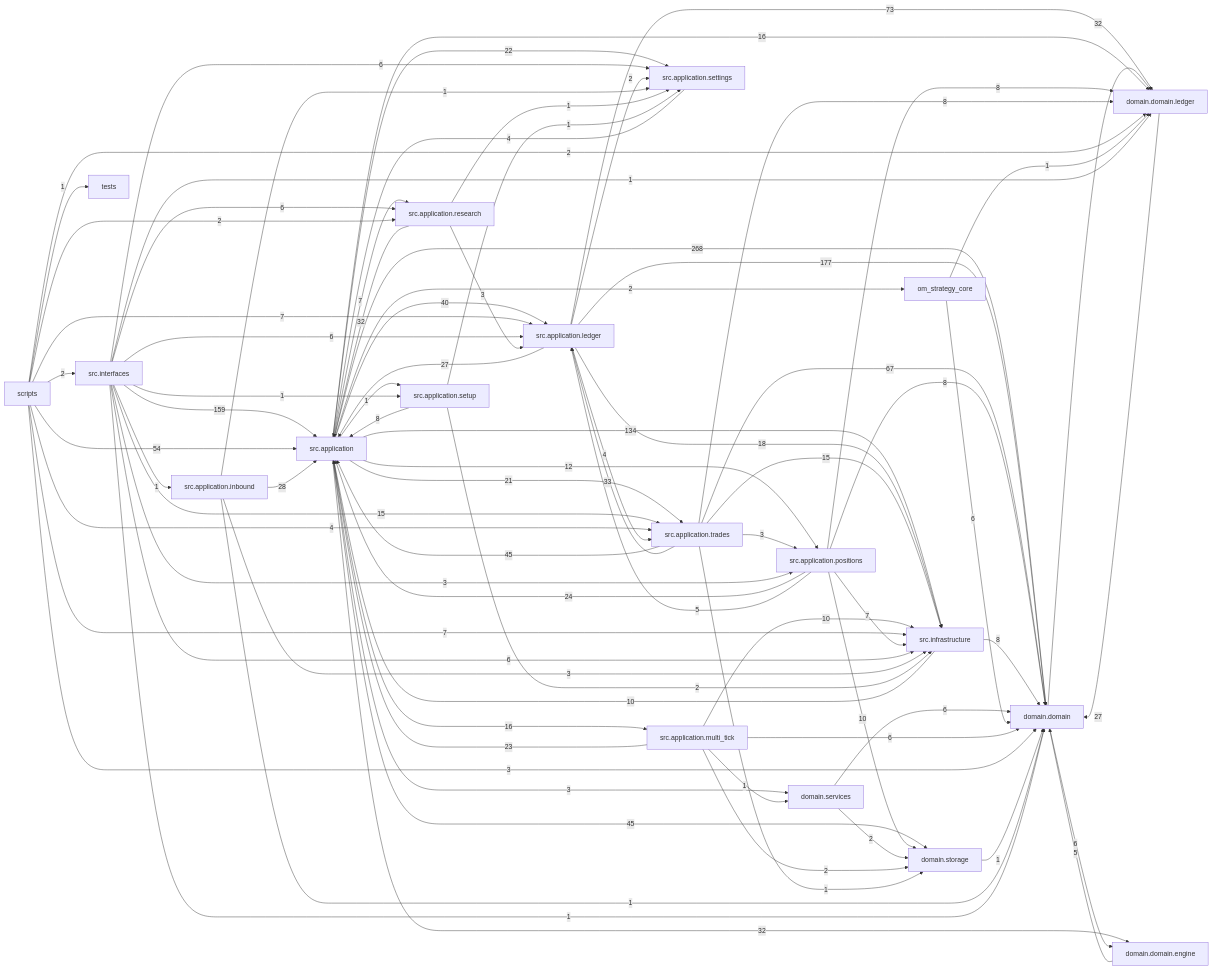
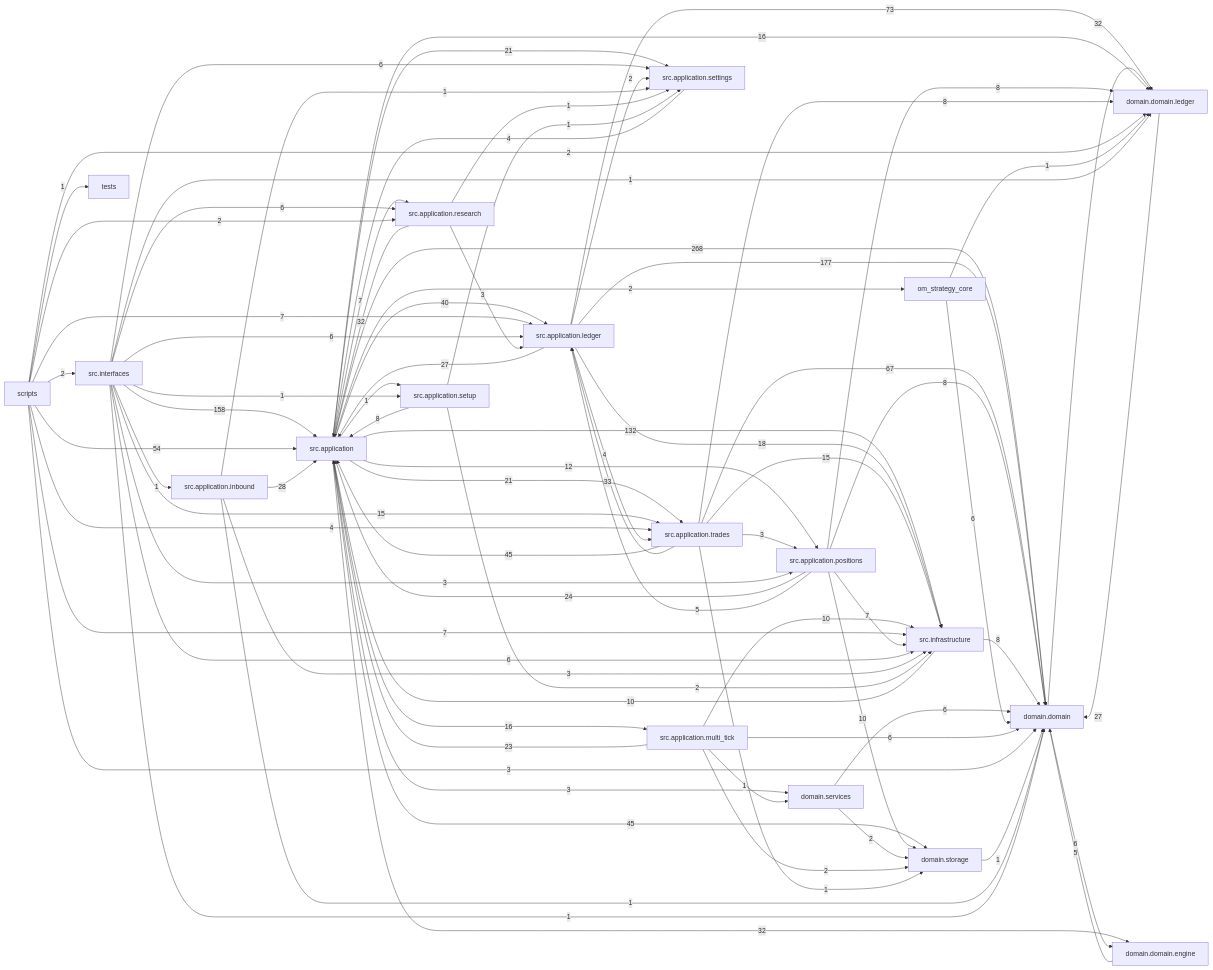
One commit to liuxie066/options-monitor changed the diagram in docs/dependency_graph.mmd. Above: the diagram before and after it, drawn with Mermaid. The commit also changed 47 other files, not shown here.

```diff
--- a/docs/dependency_graph.mmd
+++ b/docs/dependency_graph.mmd
@@ -1,81 +1,81 @@
 flowchart LR
   src_application["src.application"] -->|268| domain_domain["domain.domain"]
   src_application_ledger["src.application.ledger"] -->|177| domain_domain["domain.domain"]
-  src_interfaces["src.interfaces"] -->|159| src_application["src.application"]
-  src_application["src.application"] -->|134| src_infrastructure["src.infrastructure"]
+  src_interfaces["src.interfaces"] -->|158| src_application["src.application"]
+  src_application["src.application"] -->|132| src_infrastructure["src.infrastructure"]
   src_application_ledger["src.application.ledger"] -->|73| domain_domain_ledger["domain.domain.ledger"]
   src_application_trades["src.application.trades"] -->|67| domain_domain["domain.domain"]
   scripts["scripts"] -->|54| src_application["src.application"]
   src_application["src.application"] -->|45| domain_storage["domain.storage"]
   src_application_trades["src.application.trades"] -->|45| src_application["src.application"]
   src_application["src.application"] -->|40| src_application_ledger["src.application.ledger"]
   src_application_trades["src.application.trades"] -->|33| src_application_ledger["src.application.ledger"]
   domain_domain["domain.domain"] -->|32| domain_domain_ledger["domain.domain.ledger"]
   src_application["src.application"] -->|32| domain_domain_engine["domain.domain.engine"]
   src_application_research["src.application.research"] -->|32| src_application["src.application"]
   src_application_inbound["src.application.inbound"] -->|28| src_application["src.application"]
   domain_domain_ledger["domain.domain.ledger"] -->|27| domain_domain["domain.domain"]
   src_application_ledger["src.application.ledger"] -->|27| src_application["src.application"]
   src_application_positions["src.application.positions"] -->|24| src_application["src.application"]
   src_application_multi_tick["src.application.multi_tick"] -->|23| src_application["src.application"]
-  src_application["src.application"] -->|22| src_application_settings["src.application.settings"]
+  src_application["src.application"] -->|21| src_application_settings["src.application.settings"]
   src_application["src.application"] -->|21| src_application_trades["src.application.trades"]
   src_application_ledger["src.application.ledger"] -->|18| src_infrastructure["src.infrastructure"]
   src_application["src.application"] -->|16| domain_domain_ledger["domain.domain.ledger"]
   src_application["src.application"] -->|16| src_application_multi_tick["src.application.multi_tick"]
   src_application_trades["src.application.trades"] -->|15| src_infrastructure["src.infrastructure"]
   src_interfaces["src.interfaces"] -->|15| src_application_trades["src.application.trades"]
   src_application["src.application"] -->|12| src_application_positions["src.application.positions"]
   src_application_multi_tick["src.application.multi_tick"] -->|10| src_infrastructure["src.infrastructure"]
   src_application_positions["src.application.positions"] -->|10| domain_storage["domain.storage"]
   src_infrastructure["src.infrastructure"] -->|10| src_application["src.application"]
   src_application_positions["src.application.positions"] -->|8| domain_domain["domain.domain"]
   src_application_positions["src.application.positions"] -->|8| domain_domain_ledger["domain.domain.ledger"]
   src_application_setup["src.application.setup"] -->|8| src_application["src.application"]
   src_application_trades["src.application.trades"] -->|8| domain_domain_ledger["domain.domain.ledger"]
   src_infrastructure["src.infrastructure"] -->|8| domain_domain["domain.domain"]
   scripts["scripts"] -->|7| src_application_ledger["src.application.ledger"]
   scripts["scripts"] -->|7| src_infrastructure["src.infrastructure"]
   src_application["src.application"] -->|7| src_application_research["src.application.research"]
   src_application_positions["src.application.positions"] -->|7| src_infrastructure["src.infrastructure"]
   domain_domain["domain.domain"] -->|6| domain_domain_engine["domain.domain.engine"]
   domain_services["domain.services"] -->|6| domain_domain["domain.domain"]
   om_strategy_core["om_strategy_core"] -->|6| domain_domain["domain.domain"]
   src_application_multi_tick["src.application.multi_tick"] -->|6| domain_domain["domain.domain"]
   src_interfaces["src.interfaces"] -->|6| src_application_ledger["src.application.ledger"]
   src_interfaces["src.interfaces"] -->|6| src_application_research["src.application.research"]
   src_interfaces["src.interfaces"] -->|6| src_application_settings["src.application.settings"]
   src_interfaces["src.interfaces"] -->|6| src_infrastructure["src.infrastructure"]
   domain_domain_engine["domain.domain.engine"] -->|5| domain_domain["domain.domain"]
   src_application_positions["src.application.positions"] -->|5| src_application_ledger["src.application.ledger"]
   scripts["scripts"] -->|4| src_application_trades["src.application.trades"]
   src_application_ledger["src.application.ledger"] -->|4| src_application_trades["src.application.trades"]
   src_application_settings["src.application.settings"] -->|4| src_application["src.application"]
   scripts["scripts"] -->|3| domain_domain["domain.domain"]
   src_application["src.application"] -->|3| domain_services["domain.services"]
   src_application_inbound["src.application.inbound"] -->|3| src_infrastructure["src.infrastructure"]
   src_application_research["src.application.research"] -->|3| src_application_ledger["src.application.ledger"]
   src_application_trades["src.application.trades"] -->|3| src_application_positions["src.application.positions"]
   src_interfaces["src.interfaces"] -->|3| src_application_positions["src.application.positions"]
   domain_services["domain.services"] -->|2| domain_storage["domain.storage"]
   scripts["scripts"] -->|2| domain_domain_ledger["domain.domain.ledger"]
   scripts["scripts"] -->|2| src_application_research["src.application.research"]
   scripts["scripts"] -->|2| src_interfaces["src.interfaces"]
   src_application["src.application"] -->|2| om_strategy_core["om_strategy_core"]
   src_application_ledger["src.application.ledger"] -->|2| src_application_settings["src.application.settings"]
   src_application_multi_tick["src.application.multi_tick"] -->|2| domain_storage["domain.storage"]
   src_application_setup["src.application.setup"] -->|2| src_infrastructure["src.infrastructure"]
   domain_storage["domain.storage"] -->|1| domain_domain["domain.domain"]
   om_strategy_core["om_strategy_core"] -->|1| domain_domain_ledger["domain.domain.ledger"]
   scripts["scripts"] -->|1| tests["tests"]
   src_application["src.application"] -->|1| src_application_setup["src.application.setup"]
   src_application_inbound["src.application.inbound"] -->|1| domain_domain["domain.domain"]
   src_application_inbound["src.application.inbound"] -->|1| src_application_settings["src.application.settings"]
   src_application_multi_tick["src.application.multi_tick"] -->|1| domain_services["domain.services"]
   src_application_research["src.application.research"] -->|1| src_application_settings["src.application.settings"]
   src_application_setup["src.application.setup"] -->|1| src_application_settings["src.application.settings"]
   src_application_trades["src.application.trades"] -->|1| domain_storage["domain.storage"]
   src_interfaces["src.interfaces"] -->|1| domain_domain["domain.domain"]
   src_interfaces["src.interfaces"] -->|1| domain_domain_ledger["domain.domain.ledger"]
   src_interfaces["src.interfaces"] -->|1| src_application_inbound["src.application.inbound"]
   src_interfaces["src.interfaces"] -->|1| src_application_setup["src.application.setup"]
```
